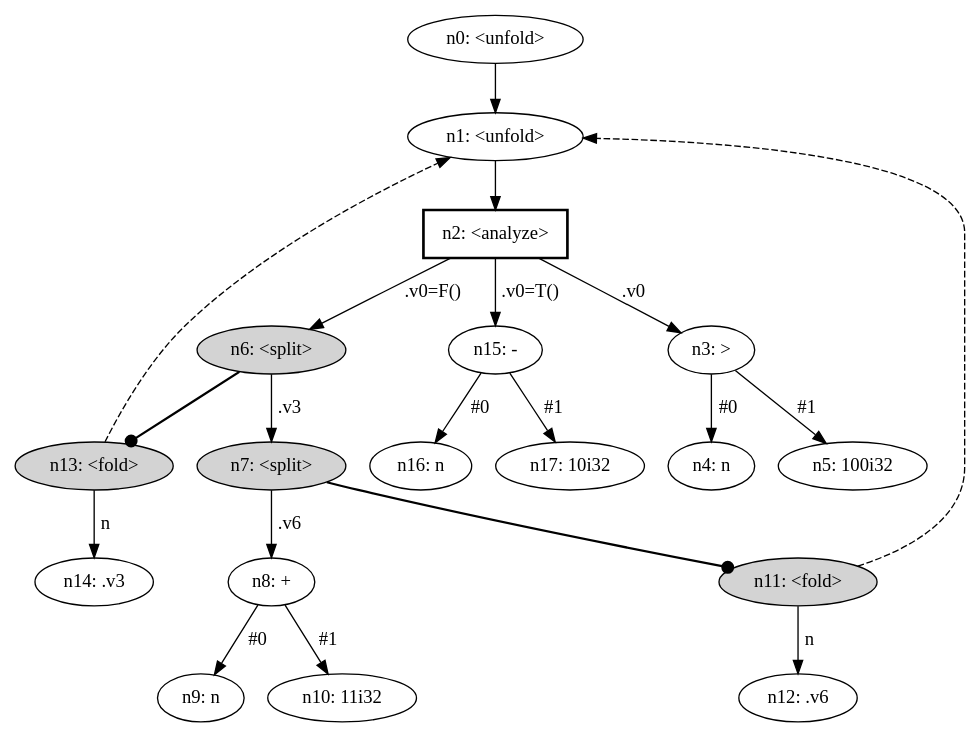
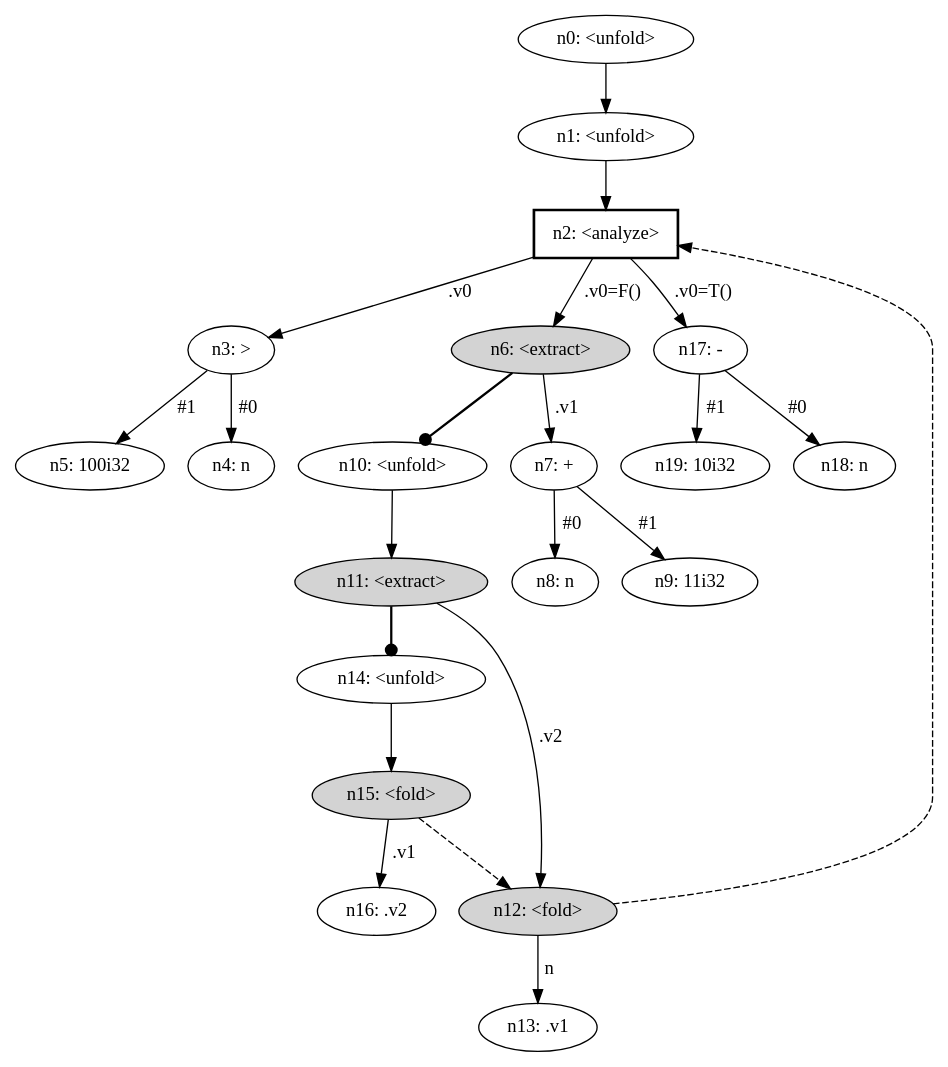
One commit to hirrolot/mazeppa changed the diagram in examples/mc91/target/graph.dot. Above: the diagram before and after it, drawn with Graphviz. The commit also changed 26 other files, not shown here.

```diff
--- a/examples/mc91/target/graph.dot
+++ b/examples/mc91/target/graph.dot
@@ -1,41 +1,45 @@
 digraph {
     node [fontname="bold helvetica"];
     edge [fontname="bold helvetica"];
     n0 [label="n0: <unfold>"];
     n1 [label="n1: <unfold>"];
     n0 -> n1;
     n2 [label="n2: <analyze>"] [shape=box style=bold];
     n1 -> n2;
     n3 [label="n3: >"];
     n2 -> n3 [label=" .v0 "];
     n4 [label="n4: n"];
     n3 -> n4 [label=" #0 "];
     n5 [label="n5: 100i32"];
     n3 -> n5 [label=" #1 "];
-    n6 [label="n6: <split>"] [style=filled];
+    n6 [label="n6: <extract>"] [style=filled];
     n2 -> n6 [label=" .v0=F() "];
-    n7 [label="n7: <split>"] [style=filled];
-    n6 -> n7 [label=" .v3 "];
-    n8 [label="n8: +"];
-    n7 -> n8 [label=" .v6 "];
-    n9 [label="n9: n"];
-    n8 -> n9 [label=" #0 "];
-    n10 [label="n10: 11i32"];
-    n8 -> n10 [label=" #1 "];
-    n11 [label="n11: <fold>"] [style=filled];
-    n7 -> n11 [penwidth=1.7 arrowhead=dot];
-    n11 -> n1 [style=dashed];
-    n12 [label="n12: .v6"];
-    n11 -> n12 [label=" n "];
-    n13 [label="n13: <fold>"] [style=filled];
-    n6 -> n13 [penwidth=1.7 arrowhead=dot];
-    n13 -> n1 [style=dashed];
-    n14 [label="n14: .v3"];
-    n13 -> n14 [label=" n "];
-    n15 [label="n15: -"];
-    n2 -> n15 [label=" .v0=T() "];
-    n16 [label="n16: n"];
-    n15 -> n16 [label=" #0 "];
-    n17 [label="n17: 10i32"];
-    n15 -> n17 [label=" #1 "];
+    n7 [label="n7: +"];
+    n6 -> n7 [label=" .v1 "];
+    n8 [label="n8: n"];
+    n7 -> n8 [label=" #0 "];
+    n9 [label="n9: 11i32"];
+    n7 -> n9 [label=" #1 "];
+    n10 [label="n10: <unfold>"];
+    n6 -> n10 [penwidth=1.7 arrowhead=dot];
+    n11 [label="n11: <extract>"] [style=filled];
+    n10 -> n11;
+    n12 [label="n12: <fold>"] [style=filled];
+    n11 -> n12 [label=" .v2 "];
+    n12 -> n2 [style=dashed];
+    n13 [label="n13: .v1"];
+    n12 -> n13 [label=" n "];
+    n14 [label="n14: <unfold>"];
+    n11 -> n14 [penwidth=1.7 arrowhead=dot];
+    n15 [label="n15: <fold>"] [style=filled];
+    n14 -> n15;
+    n15 -> n12 [style=dashed];
+    n16 [label="n16: .v2"];
+    n15 -> n16 [label=" .v1 "];
+    n17 [label="n17: -"];
+    n2 -> n17 [label=" .v0=T() "];
+    n18 [label="n18: n"];
+    n17 -> n18 [label=" #0 "];
+    n19 [label="n19: 10i32"];
+    n17 -> n19 [label=" #1 "];
 }
```
